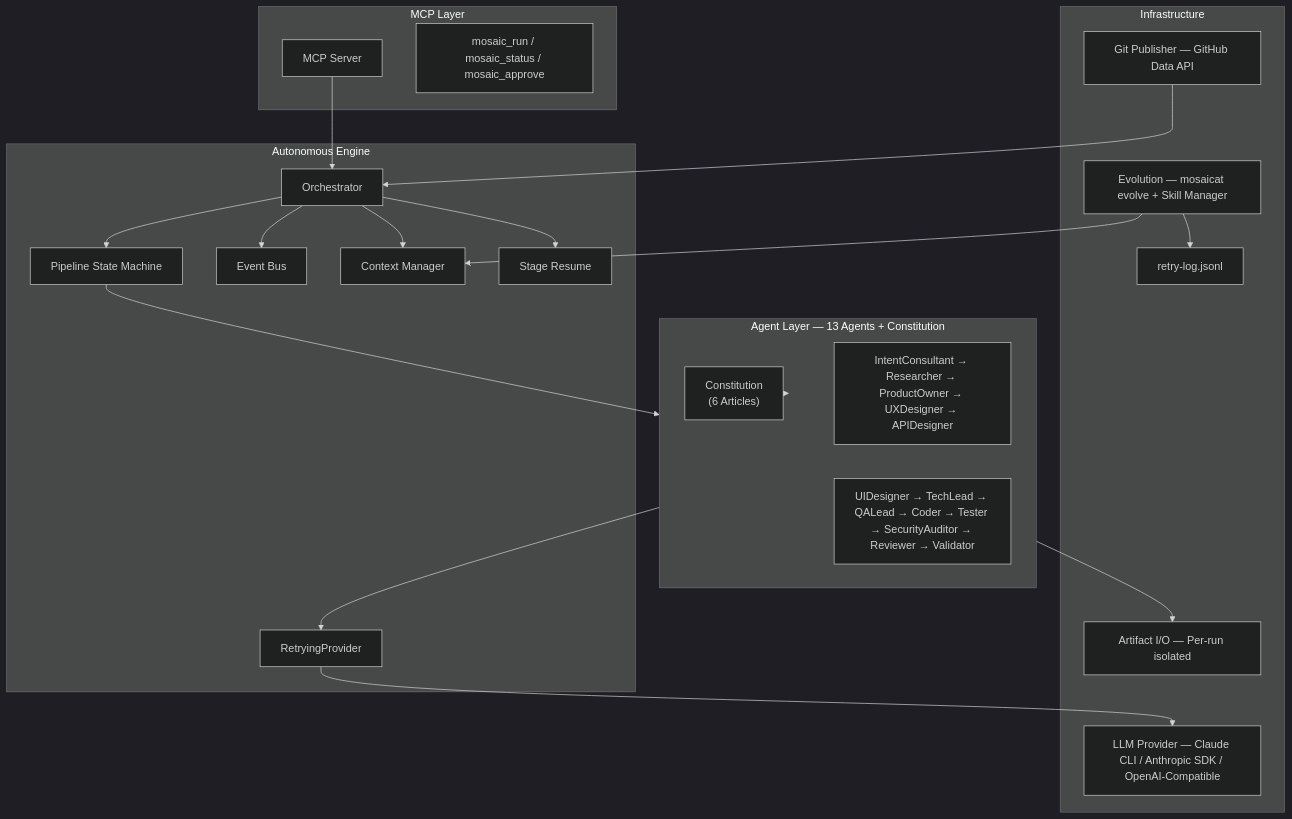
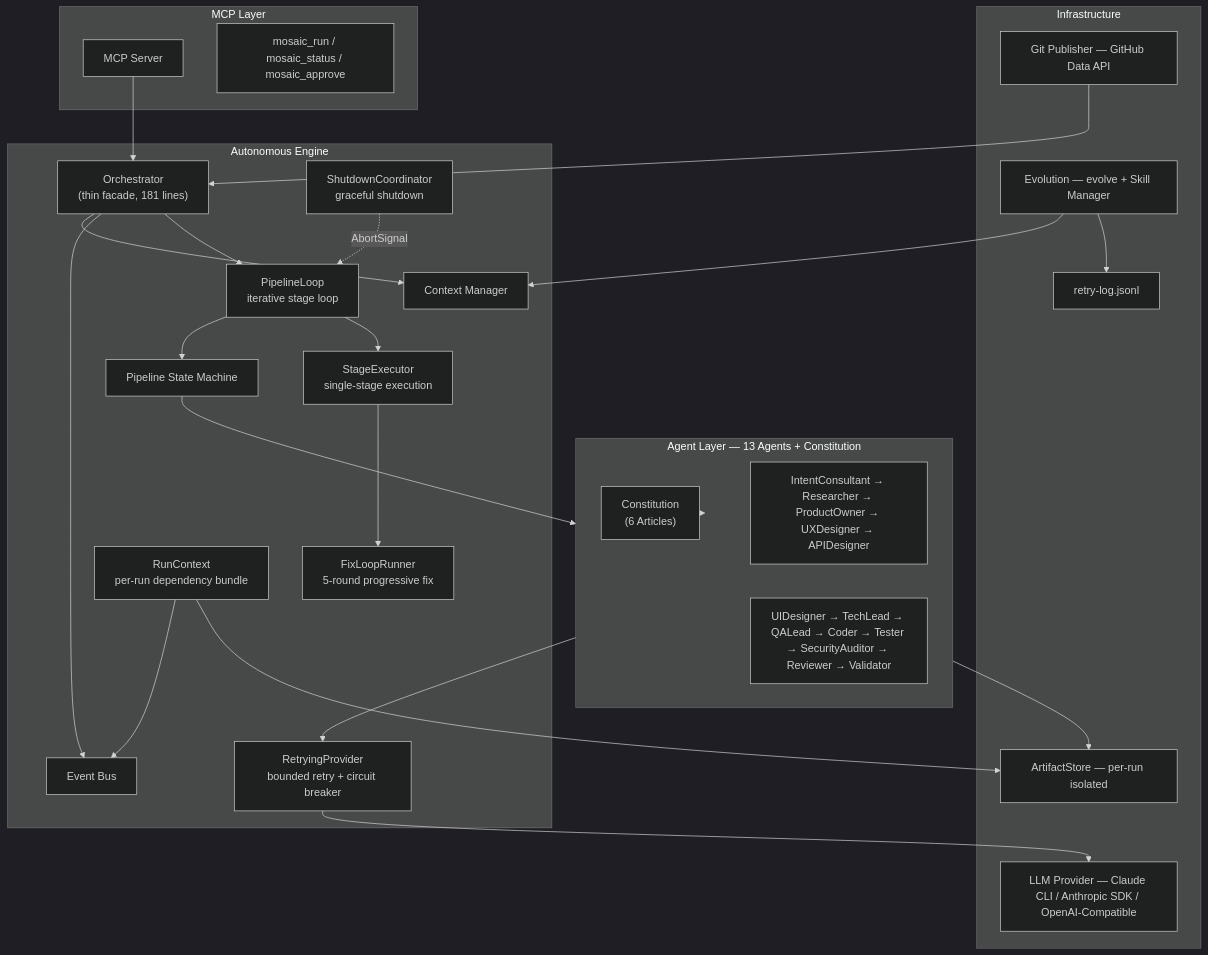
Before and after one commit to ZB-ur/mosaicat: the third of 3 diagrams in README.en.md, drawn with Mermaid (dark theme). The commit also changed other lines of this file, not shown here.

````diff
--- a/README.en.md
+++ b/README.en.md
@@ -394,45 +334,54 @@
 ```mermaid
 graph TB
     subgraph MCP["MCP Layer"]
         MCPServer["MCP Server"]
         MCPTools["mosaic_run / mosaic_status / mosaic_approve"]
     end
 
     subgraph Engine["Autonomous Engine"]
-        Orch["Orchestrator"]
+        Orch["Orchestrator<br/>(thin facade, 181 lines)"]
+        PLoop["PipelineLoop<br/>iterative stage loop"]
+        StageExec["StageExecutor<br/>single-stage execution"]
+        FixLoop["FixLoopRunner<br/>5-round progressive fix"]
+        Shutdown["ShutdownCoordinator<br/>graceful shutdown"]
         Pipeline["Pipeline State Machine"]
         EventBus["Event Bus"]
         CtxMgr["Context Manager"]
-        Resume["Stage Resume"]
-        RetryProv["RetryingProvider"]
+        RunCtx["RunContext<br/>per-run dependency bundle"]
+        RetryProv["RetryingProvider<br/>bounded retry + circuit breaker"]
     end
 
     subgraph Agents["Agent Layer — 13 Agents + Constitution"]
         direction LR
         Constitution["Constitution<br/>(6 Articles)"]
         A1["IntentConsultant → Researcher → ProductOwner → UXDesigner → APIDesigner"]
         A2["UIDesigner → TechLead → QALead → Coder → Tester → SecurityAuditor → Reviewer → Validator"]
     end
 
     subgraph Infra["Infrastructure"]
         Provider["LLM Provider — Claude CLI / Anthropic SDK / OpenAI-Compatible"]
         Git["Git Publisher — GitHub Data API"]
-        Artifacts["Artifact I/O — Per-run isolated"]
-        Evolution["Evolution — mosaicat evolve + Skill Manager"]
+        ArtStore["ArtifactStore — per-run isolated"]
+        Evolution["Evolution — evolve + Skill Manager"]
         RetryLog["retry-log.jsonl"]
     end
 
     MCPServer --> Orch
-    Orch --> Pipeline
+    Orch --> PLoop
+    PLoop --> StageExec
+    StageExec --> FixLoop
+    Shutdown -.->|AbortSignal| PLoop
+    PLoop --> Pipeline
     Orch --> EventBus
     Orch --> CtxMgr
-    Orch --> Resume
+    RunCtx --> ArtStore
+    RunCtx --> EventBus
     Pipeline --> Agents
     Constitution --> Agents
     Agents --> RetryProv
     RetryProv --> Provider
-    Agents --> Artifacts
+    Agents --> ArtStore
     Git --> Orch
     Evolution --> RetryLog
     Evolution --> CtxMgr
 ```
````
